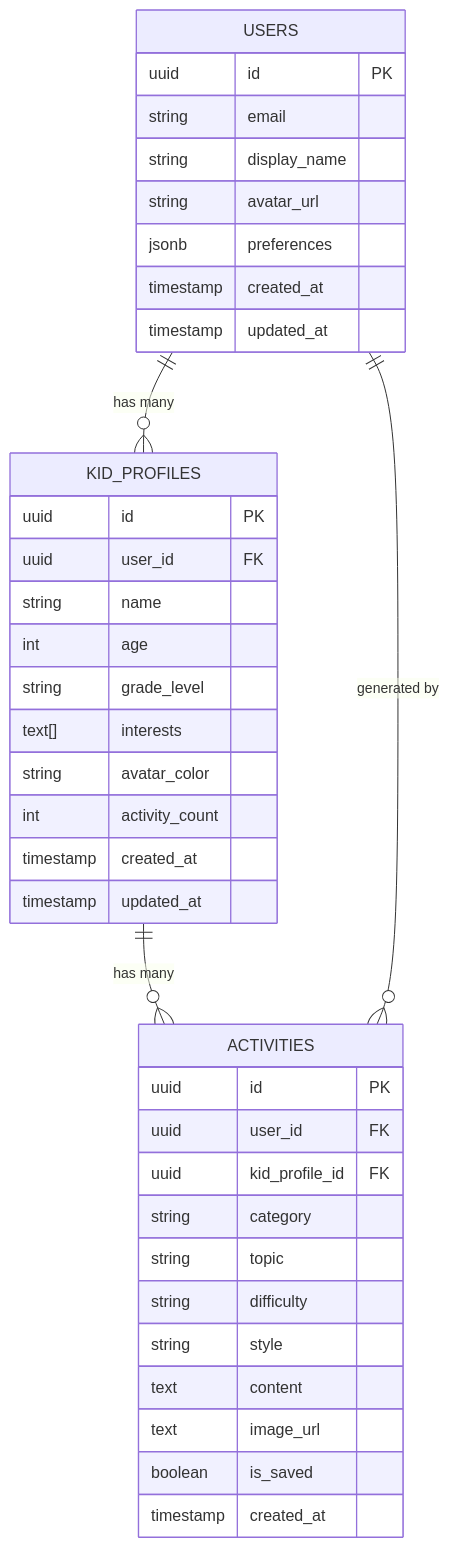
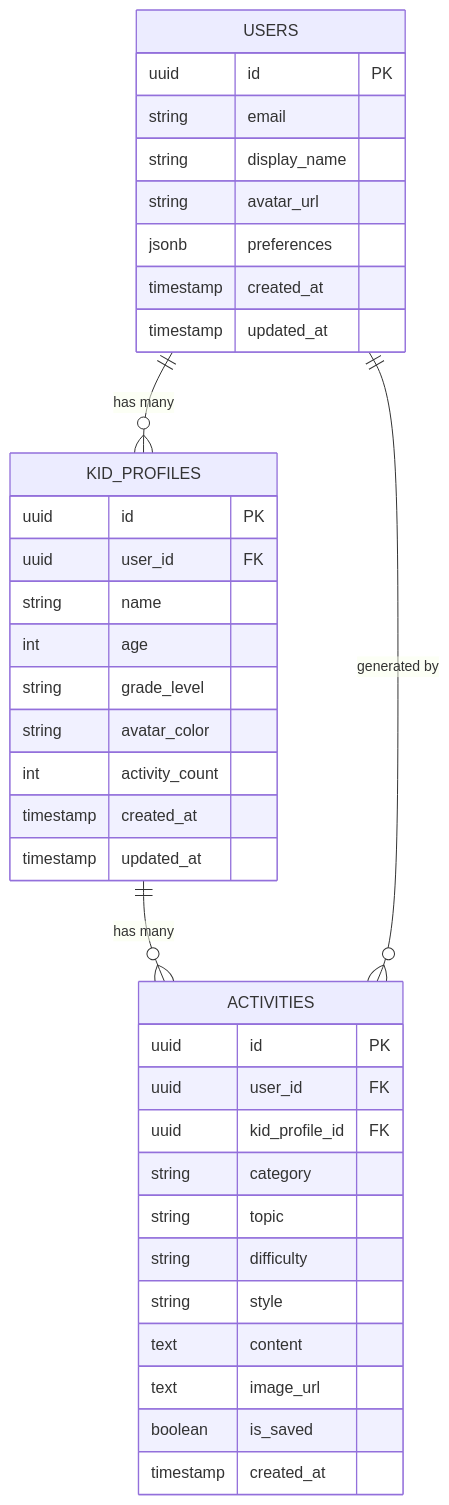
One commit to zaynkorai/kidivity changed the diagram in docs/data_model.md. Above: the diagram before and after it, drawn with Mermaid. The commit also changed other lines of this file and 44 other files, not shown here.

````diff
--- a/docs/data_model.md
+++ b/docs/data_model.md
@@ -11,43 +11,42 @@
 ```mermaid
 erDiagram
     USERS ||--o{ KID_PROFILES : "has many"
     KID_PROFILES ||--o{ ACTIVITIES : "has many"
     USERS ||--o{ ACTIVITIES : "generated by"
     
     USERS {
         uuid id PK
         string email
         string display_name
         string avatar_url
         jsonb preferences
         timestamp created_at
         timestamp updated_at
     }
     
     KID_PROFILES {
         uuid id PK
         uuid user_id FK
         string name
         int age
         string grade_level
-        text[] interests
         string avatar_color
         int activity_count
         timestamp created_at
         timestamp updated_at
     }
     
     ACTIVITIES {
         uuid id PK
         uuid user_id FK
         uuid kid_profile_id FK
         string category
         string topic
         string difficulty
         string style
         text content
         text image_url
         boolean is_saved
         timestamp created_at
     }
 ```
````
